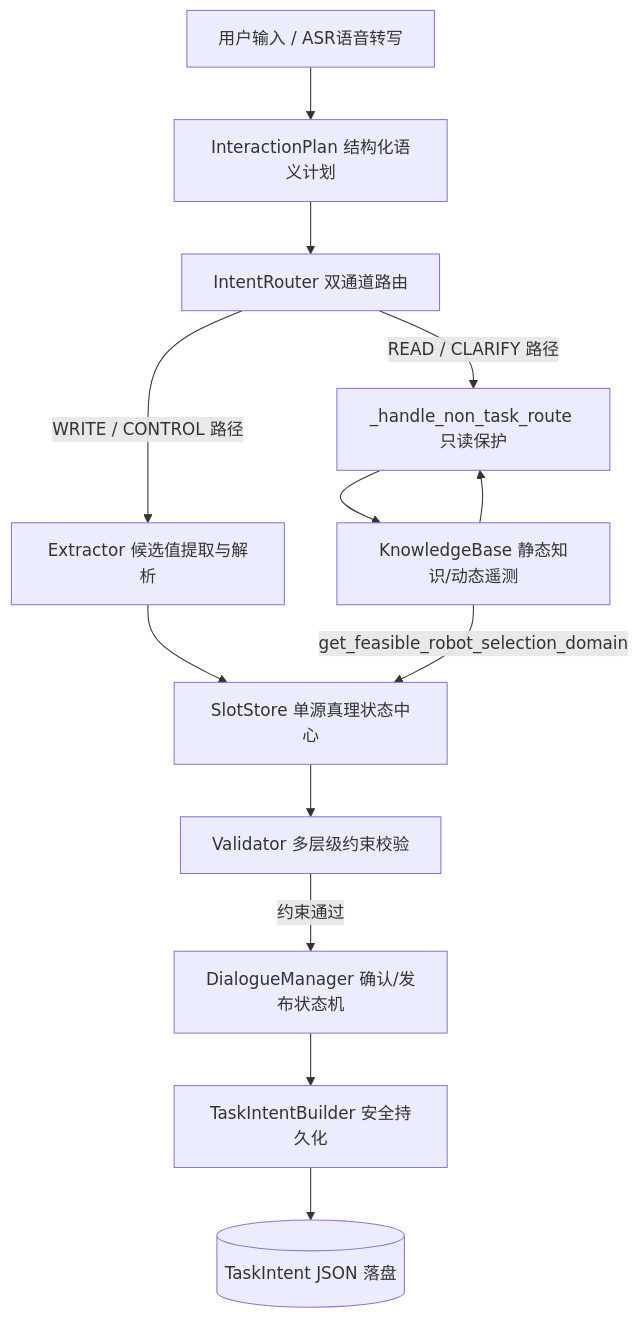
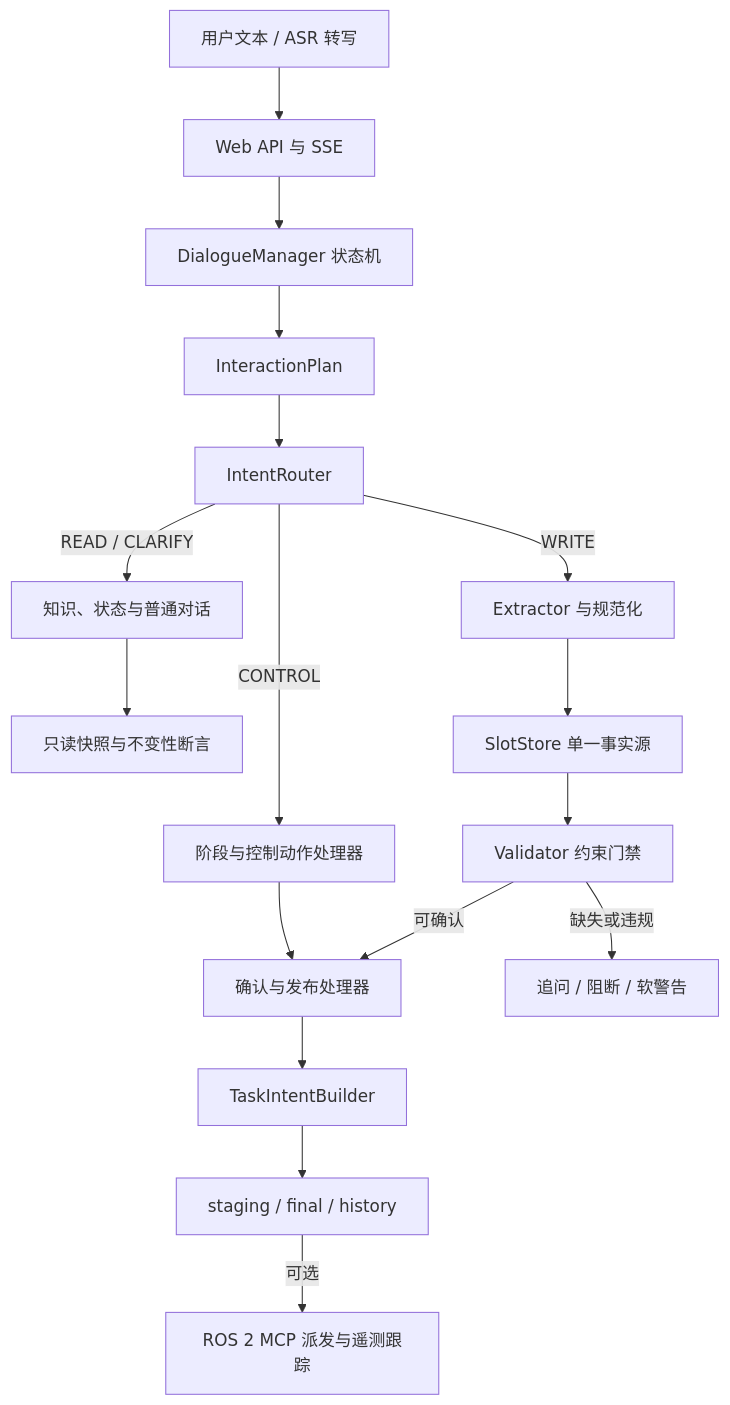
Before and after one commit to Pitohuie-AIversion/seagent1.0-main_asr: the diagram in docs/architecture/overview.md, drawn with Mermaid. The commit also changed other lines of this file and 33 other files, not shown here.

````diff
--- a/docs/architecture/overview.md
+++ b/docs/architecture/overview.md
@@ -20,20 +19,22 @@
 ```mermaid
-graph TD
-    UI[用户输入 / ASR语音转写] --> IPlan[InteractionPlan 结构化语义计划]
-    IPlan --> Router[IntentRouter 双通道路由]
+flowchart TD
+    User[用户文本 / ASR 转写] --> API[Web API 与 SSE]
+    API --> DM[DialogueManager 状态机]
+    DM --> Plan[InteractionPlan]
+    Plan --> Router[IntentRouter]
 
-    Router -->|READ / CLARIFY 路径| DM_Q[_handle_non_task_route 只读保护]
-    Router -->|WRITE / CONTROL 路径| Extractor[Extractor 候选值提取与解析]
+    Router -->|READ / CLARIFY| Query[知识、状态与普通对话]
+    Query --> ReadGuard[只读快照与不变性断言]
 
-    DM_Q --> KB[KnowledgeBase 静态知识/动态遥测]
-    KB --> DM_Q
+    Router -->|WRITE| Extract[Extractor 与规范化]
+    Router -->|CONTROL| Control[阶段与控制动作处理器]
+    Control --> Commit
+    Extract --> Store[SlotStore 单一事实源]
+    Store --> Validate[Validator 约束门禁]
+    Validate -->|缺失或违规| Reply[追问 / 阻断 / 软警告]
+    Validate -->|可确认| Commit[确认与发布处理器]
+    Commit --> Builder[TaskIntentBuilder]
+    Builder --> Files[staging / final / history]
 
-    Extractor --> SlotStore[SlotStore 单源真理状态中心]
-    SlotStore --> Validator[Validator 多层级约束校验]
-
-    Validator -->|约束通过| DM_W[DialogueManager 确认/发布状态机]
-    DM_W --> TIBuilder[TaskIntentBuilder 安全持久化]
-    TIBuilder --> FileSystem[(TaskIntent JSON 落盘)]
-
-    KB -->|get_feasible_robot_selection_domain| SlotStore
+    Files -->|可选| Dispatch[ROS 2 MCP 派发与遥测跟踪]
 ```
````
